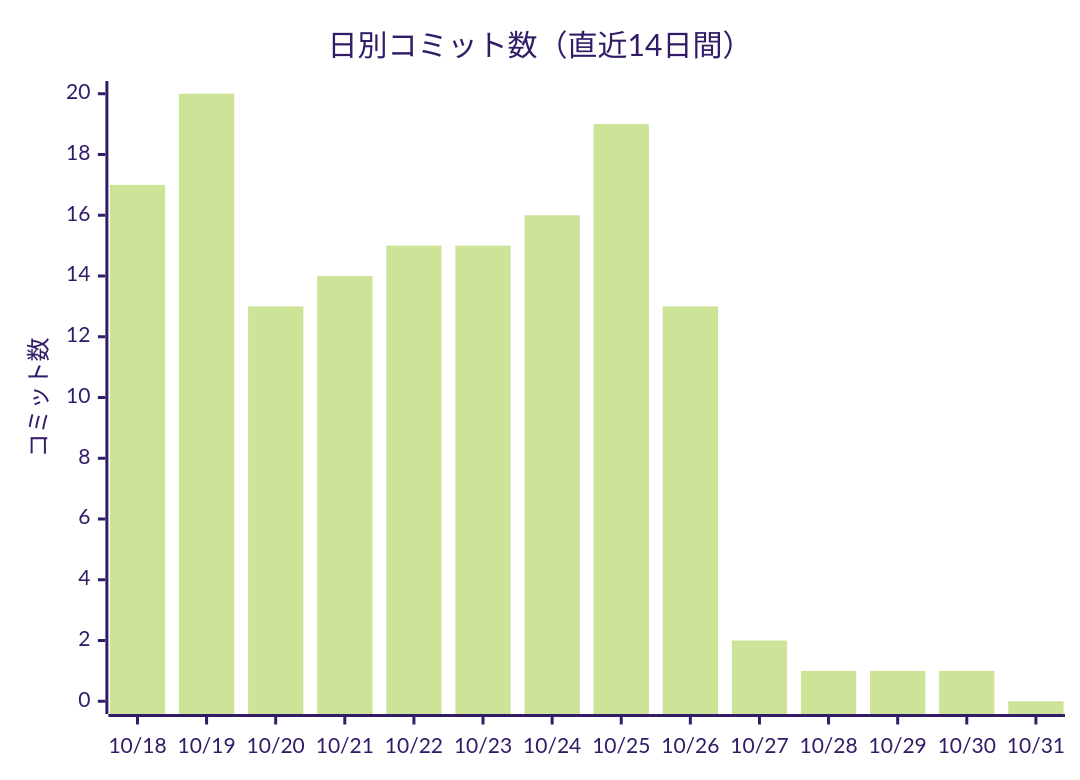
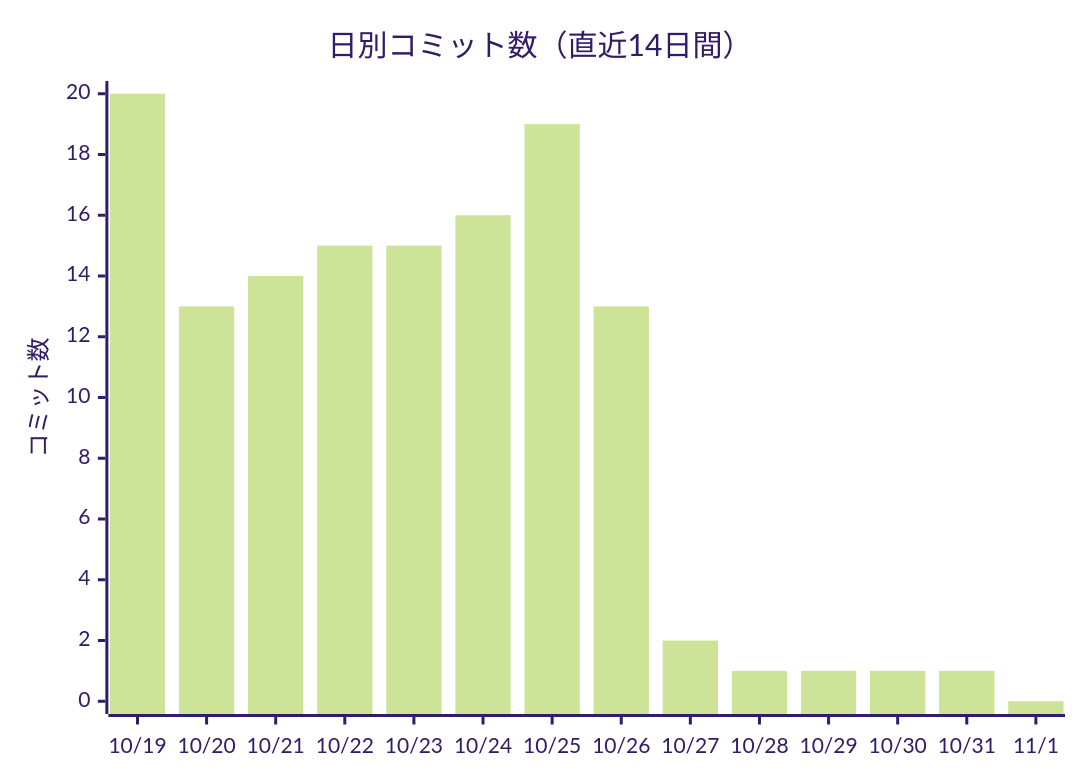
Before and after one commit to non-x2/non-x2: the first of 2 diagrams in docs/進化レポート.md, drawn with Mermaid (forest theme). The commit also changed other lines of this file and 1 other file, not shown here.

````diff
--- a/docs/進化レポート.md
+++ b/docs/進化レポート.md
@@ -23,7 +23,7 @@
 ```mermaid
 xychart-beta
     title "日別コミット数（直近14日間）"
-    x-axis ["10/18", "10/19", "10/20", "10/21", "10/22", "10/23", "10/24", "10/25", "10/26", "10/27", "10/28", "10/29", "10/30", "10/31"]
+    x-axis ["10/19", "10/20", "10/21", "10/22", "10/23", "10/24", "10/25", "10/26", "10/27", "10/28", "10/29", "10/30", "10/31", "11/1"]
     y-axis "コミット数"
-    bar [17, 20, 13, 14, 15, 15, 16, 19, 13, 2, 1, 1, 1, 0]
+    bar [20, 13, 14, 15, 15, 16, 19, 13, 2, 1, 1, 1, 1, 0]
 ```
````
